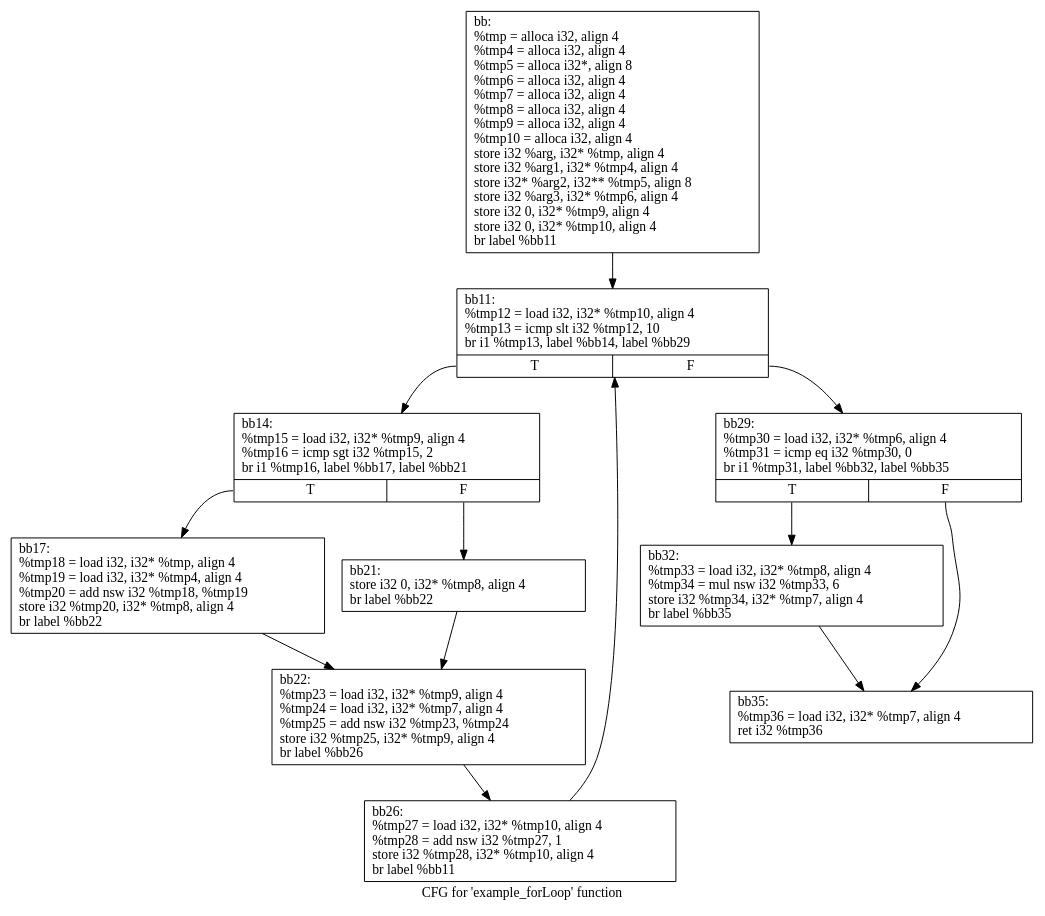
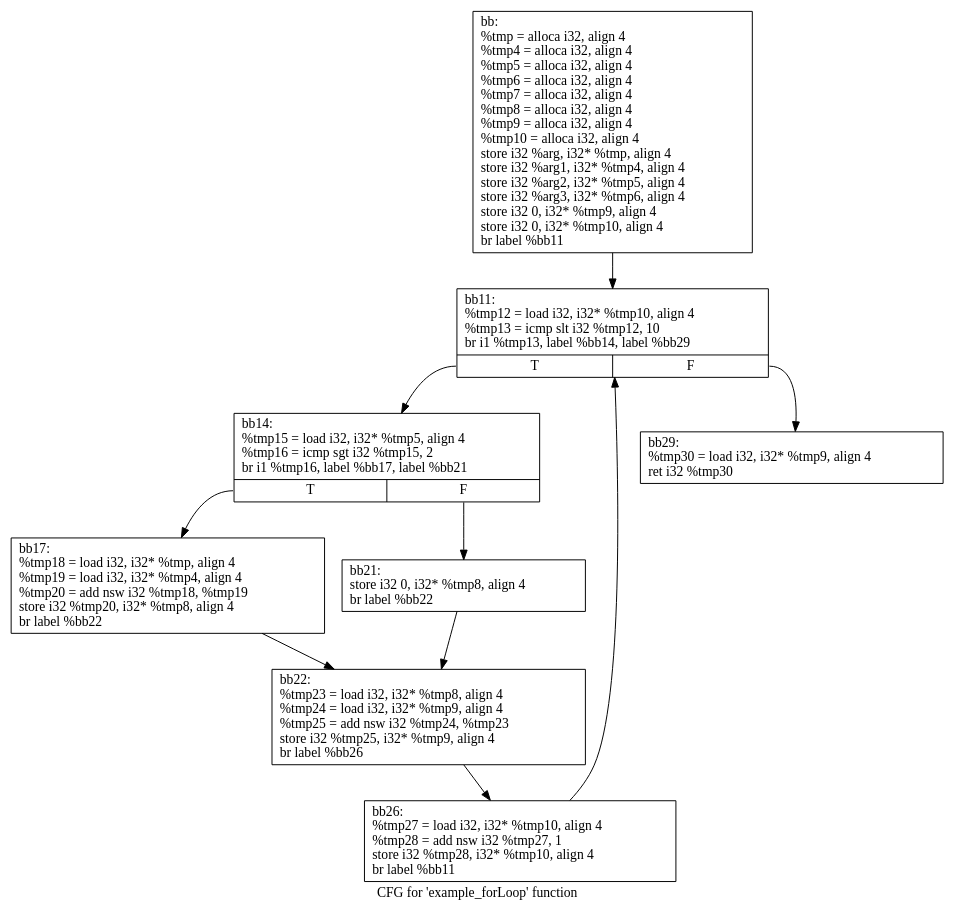
The diagram in src/tmp/cfg.example_forLoop.dot (nikhilghanathe/If-conversion_by_Predication.), drawn with Graphviz before and after one commit. The commit also changed 252 other files, not shown here.

```diff
--- a/src/tmp/cfg.example_forLoop.dot
+++ b/src/tmp/cfg.example_forLoop.dot
@@ -1,26 +1,21 @@
 digraph "CFG for 'example_forLoop' function" {
 	label="CFG for 'example_forLoop' function";
 
-	Node0x563f1b16eef0 [shape=record,label="{bb:\l  %tmp = alloca i32, align 4\l  %tmp4 = alloca i32, align 4\l  %tmp5 = alloca i32*, align 8\l  %tmp6 = alloca i32, align 4\l  %tmp7 = alloca i32, align 4\l  %tmp8 = alloca i32, align 4\l  %tmp9 = alloca i32, align 4\l  %tmp10 = alloca i32, align 4\l  store i32 %arg, i32* %tmp, align 4\l  store i32 %arg1, i32* %tmp4, align 4\l  store i32* %arg2, i32** %tmp5, align 8\l  store i32 %arg3, i32* %tmp6, align 4\l  store i32 0, i32* %tmp9, align 4\l  store i32 0, i32* %tmp10, align 4\l  br label %bb11\l}"];
-	Node0x563f1b16eef0 -> Node0x563f1b16fe20;
-	Node0x563f1b16fe20 [shape=record,label="{bb11:                                             \l  %tmp12 = load i32, i32* %tmp10, align 4\l  %tmp13 = icmp slt i32 %tmp12, 10\l  br i1 %tmp13, label %bb14, label %bb29\l|{<s0>T|<s1>F}}"];
-	Node0x563f1b16fe20:s0 -> Node0x563f1b170030;
-	Node0x563f1b16fe20:s1 -> Node0x563f1b170100;
-	Node0x563f1b170030 [shape=record,label="{bb14:                                             \l  %tmp15 = load i32, i32* %tmp9, align 4\l  %tmp16 = icmp sgt i32 %tmp15, 2\l  br i1 %tmp16, label %bb17, label %bb21\l|{<s0>T|<s1>F}}"];
-	Node0x563f1b170030:s0 -> Node0x563f1b170340;
-	Node0x563f1b170030:s1 -> Node0x563f1b170410;
-	Node0x563f1b170340 [shape=record,label="{bb17:                                             \l  %tmp18 = load i32, i32* %tmp, align 4\l  %tmp19 = load i32, i32* %tmp4, align 4\l  %tmp20 = add nsw i32 %tmp18, %tmp19\l  store i32 %tmp20, i32* %tmp8, align 4\l  br label %bb22\l}"];
-	Node0x563f1b170340 -> Node0x563f1b170a40;
-	Node0x563f1b170410 [shape=record,label="{bb21:                                             \l  store i32 0, i32* %tmp8, align 4\l  br label %bb22\l}"];
-	Node0x563f1b170410 -> Node0x563f1b170a40;
-	Node0x563f1b170a40 [shape=record,label="{bb22:                                             \l  %tmp23 = load i32, i32* %tmp9, align 4\l  %tmp24 = load i32, i32* %tmp7, align 4\l  %tmp25 = add nsw i32 %tmp23, %tmp24\l  store i32 %tmp25, i32* %tmp9, align 4\l  br label %bb26\l}"];
-	Node0x563f1b170a40 -> Node0x563f1b170da0;
-	Node0x563f1b170da0 [shape=record,label="{bb26:                                             \l  %tmp27 = load i32, i32* %tmp10, align 4\l  %tmp28 = add nsw i32 %tmp27, 1\l  store i32 %tmp28, i32* %tmp10, align 4\l  br label %bb11\l}"];
-	Node0x563f1b170da0 -> Node0x563f1b16fe20;
-	Node0x563f1b170100 [shape=record,label="{bb29:                                             \l  %tmp30 = load i32, i32* %tmp6, align 4\l  %tmp31 = icmp eq i32 %tmp30, 0\l  br i1 %tmp31, label %bb32, label %bb35\l|{<s0>T|<s1>F}}"];
-	Node0x563f1b170100:s0 -> Node0x563f1b171110;
-	Node0x563f1b170100:s1 -> Node0x563f1b1711e0;
-	Node0x563f1b171110 [shape=record,label="{bb32:                                             \l  %tmp33 = load i32, i32* %tmp8, align 4\l  %tmp34 = mul nsw i32 %tmp33, 6\l  store i32 %tmp34, i32* %tmp7, align 4\l  br label %bb35\l}"];
-	Node0x563f1b171110 -> Node0x563f1b1711e0;
-	Node0x563f1b1711e0 [shape=record,label="{bb35:                                             \l  %tmp36 = load i32, i32* %tmp7, align 4\l  ret i32 %tmp36\l}"];
+	Node0x560d8ecebd70 [shape=record,label="{bb:\l  %tmp = alloca i32, align 4\l  %tmp4 = alloca i32, align 4\l  %tmp5 = alloca i32, align 4\l  %tmp6 = alloca i32, align 4\l  %tmp7 = alloca i32, align 4\l  %tmp8 = alloca i32, align 4\l  %tmp9 = alloca i32, align 4\l  %tmp10 = alloca i32, align 4\l  store i32 %arg, i32* %tmp, align 4\l  store i32 %arg1, i32* %tmp4, align 4\l  store i32 %arg2, i32* %tmp5, align 4\l  store i32 %arg3, i32* %tmp6, align 4\l  store i32 0, i32* %tmp9, align 4\l  store i32 0, i32* %tmp10, align 4\l  br label %bb11\l}"];
+	Node0x560d8ecebd70 -> Node0x560d8ececca0;
+	Node0x560d8ececca0 [shape=record,label="{bb11:                                             \l  %tmp12 = load i32, i32* %tmp10, align 4\l  %tmp13 = icmp slt i32 %tmp12, 10\l  br i1 %tmp13, label %bb14, label %bb29\l|{<s0>T|<s1>F}}"];
+	Node0x560d8ececca0:s0 -> Node0x560d8ececeb0;
+	Node0x560d8ececca0:s1 -> Node0x560d8ececf80;
+	Node0x560d8ececeb0 [shape=record,label="{bb14:                                             \l  %tmp15 = load i32, i32* %tmp5, align 4\l  %tmp16 = icmp sgt i32 %tmp15, 2\l  br i1 %tmp16, label %bb17, label %bb21\l|{<s0>T|<s1>F}}"];
+	Node0x560d8ececeb0:s0 -> Node0x560d8eced1c0;
+	Node0x560d8ececeb0:s1 -> Node0x560d8eced290;
+	Node0x560d8eced1c0 [shape=record,label="{bb17:                                             \l  %tmp18 = load i32, i32* %tmp, align 4\l  %tmp19 = load i32, i32* %tmp4, align 4\l  %tmp20 = add nsw i32 %tmp18, %tmp19\l  store i32 %tmp20, i32* %tmp8, align 4\l  br label %bb22\l}"];
+	Node0x560d8eced1c0 -> Node0x560d8eced8c0;
+	Node0x560d8eced290 [shape=record,label="{bb21:                                             \l  store i32 0, i32* %tmp8, align 4\l  br label %bb22\l}"];
+	Node0x560d8eced290 -> Node0x560d8eced8c0;
+	Node0x560d8eced8c0 [shape=record,label="{bb22:                                             \l  %tmp23 = load i32, i32* %tmp8, align 4\l  %tmp24 = load i32, i32* %tmp9, align 4\l  %tmp25 = add nsw i32 %tmp24, %tmp23\l  store i32 %tmp25, i32* %tmp9, align 4\l  br label %bb26\l}"];
+	Node0x560d8eced8c0 -> Node0x560d8ecedc20;
+	Node0x560d8ecedc20 [shape=record,label="{bb26:                                             \l  %tmp27 = load i32, i32* %tmp10, align 4\l  %tmp28 = add nsw i32 %tmp27, 1\l  store i32 %tmp28, i32* %tmp10, align 4\l  br label %bb11\l}"];
+	Node0x560d8ecedc20 -> Node0x560d8ececca0;
+	Node0x560d8ececf80 [shape=record,label="{bb29:                                             \l  %tmp30 = load i32, i32* %tmp9, align 4\l  ret i32 %tmp30\l}"];
 }
```
